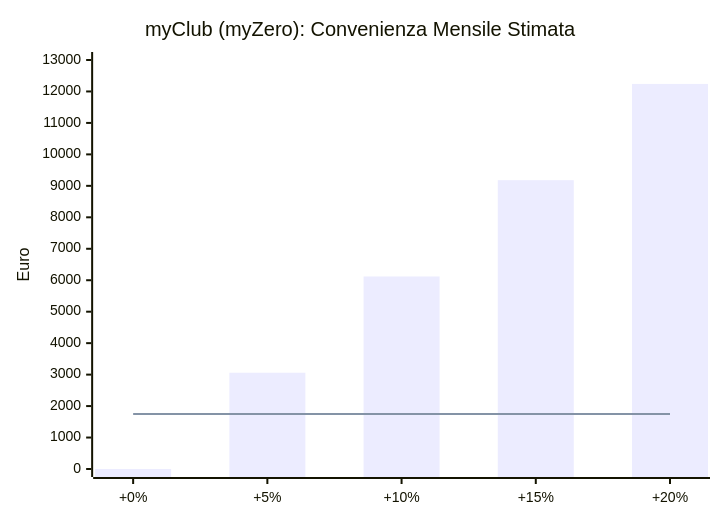
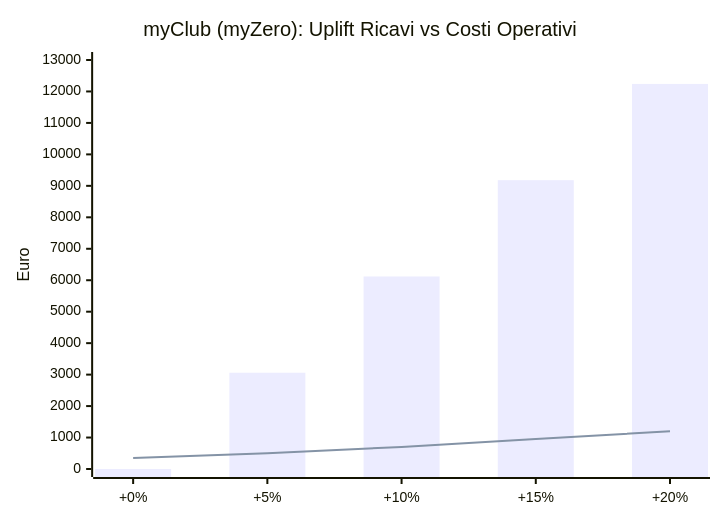
The diagram in docs/02_costi_operativi_e_commissioni.md (riccardosacchetto99/myClub), drawn with Mermaid before and after one commit. The commit also changed other lines of this file, not shown here.

````diff
--- a/docs/02_costi_operativi_e_commissioni.md
+++ b/docs/02_costi_operativi_e_commissioni.md
@@ -168,8 +180,8 @@
 ```mermaid
 xychart-beta
-    title "myClub (myZero): Convenienza Mensile Stimata"
+    title "myClub (myZero): Uplift Ricavi vs Costi Operativi"
     x-axis ["+0%", "+5%", "+10%", "+15%", "+20%"]
     y-axis "Euro" 0 --> 13000
     bar [0, 3060, 6120, 9180, 12240]
-    line [1750, 1750, 1750, 1750, 1750]
+    line [350, 500, 700, 950, 1200]
 ```
````
